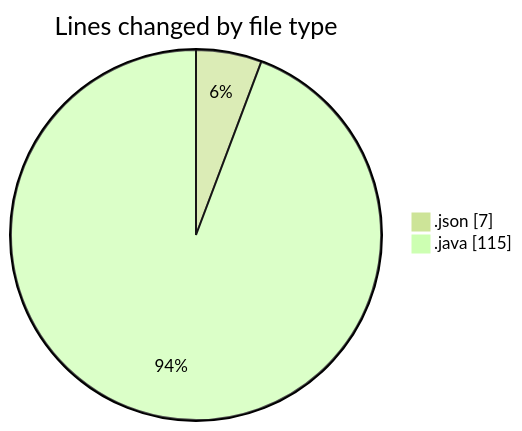
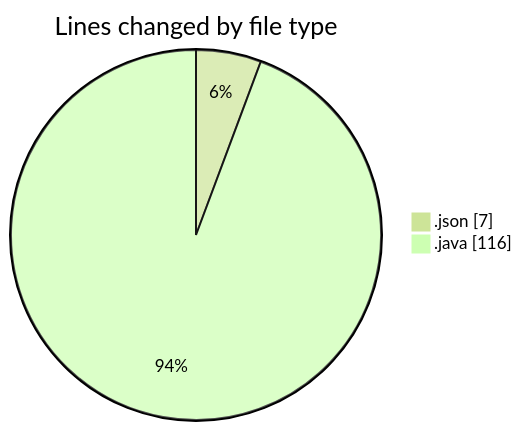
The first of 2 diagrams in 2026-09-15/cilapp/README.md (ricardozamudiocil/code-tracking), drawn with Mermaid (forest theme) before and after one commit. The commit also changed other lines of this file and 1 other file, not shown here.

````diff
--- a/2026-09-15/cilapp/README.md
+++ b/2026-09-15/cilapp/README.md
@@ -22,6 +22,6 @@
 ```mermaid
 pie showData
 title Lines changed by file type
 ".json" : 7
-".java" : 115
+".java" : 116
 ```
````
